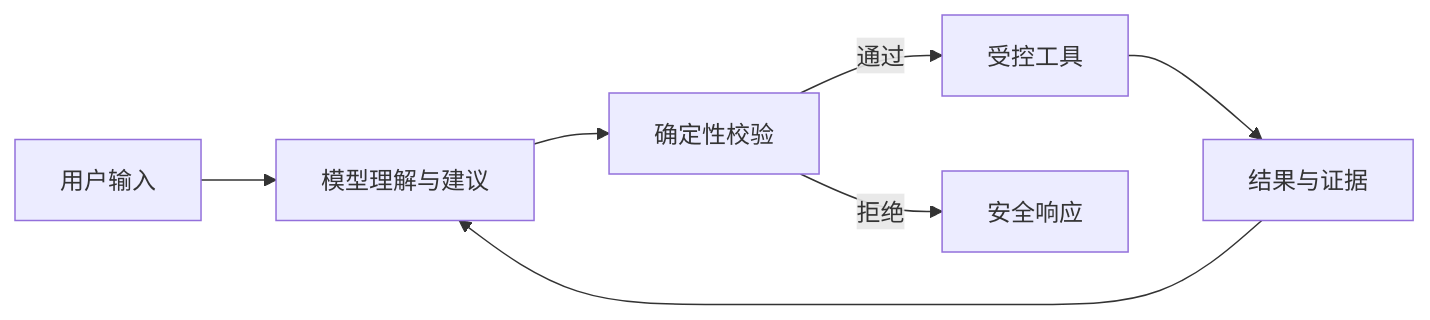
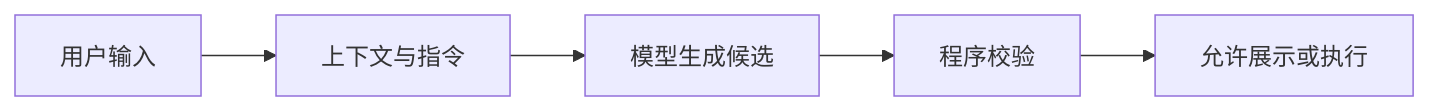
The diagram in docs/ai-agent/llm-application-boundaries.md (upJiang/jiang-blog-vitepress), drawn with Mermaid before and after one commit. The commit also changed other lines of this file and 164 other files, not shown here.

````diff
--- a/docs/ai-agent/llm-application-boundaries.md
+++ b/docs/ai-agent/llm-application-boundaries.md
@@ -31,9 +23,7 @@
 ```mermaid
 flowchart LR
-  U[用户输入] --> M[模型理解与建议]
-  M --> V[确定性校验]
-  V -->|通过| T[受控工具]
-  V -->|拒绝| R[安全响应]
-  T --> E[结果与证据]
-  E --> M
+  A[用户输入] --> B[上下文与指令]
+  B --> C[模型生成候选]
+  C --> D[程序校验]
+  D --> E[允许展示或执行]
 ```
````
